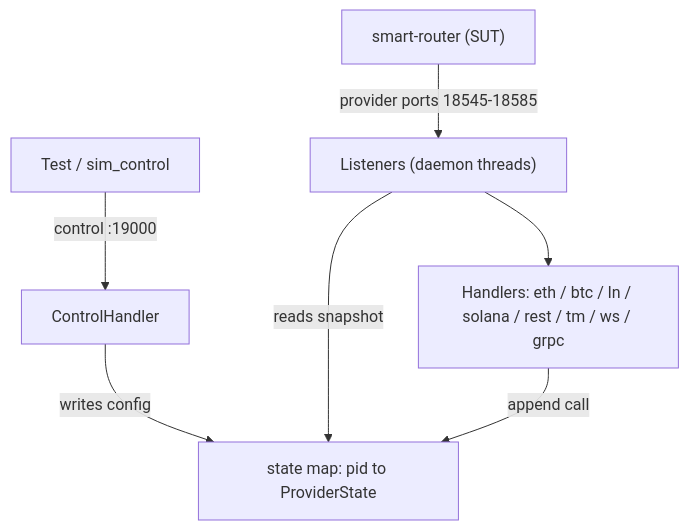
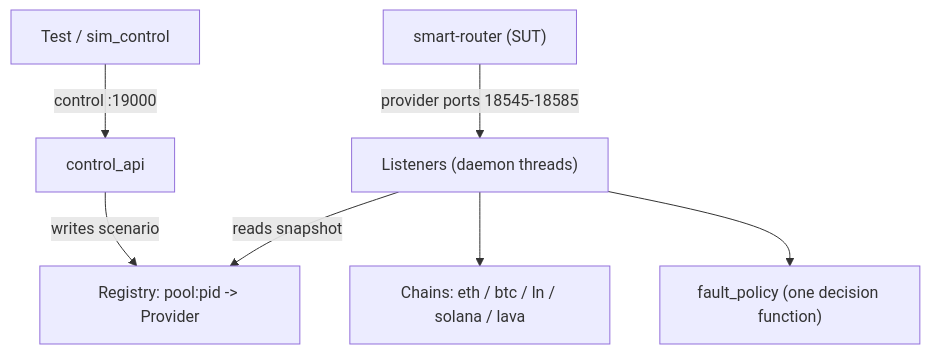
The diagram in README.md (Magma-Devs/provider-simulator), drawn with Mermaid before and after one commit. The commit also changed other lines of this file, not shown here.

First line of the commit message:
docs(sim): rewrite README for the shipped pool:pid model; add GET /ready

````diff
--- a/README.md
+++ b/README.md
@@ -18,9 +18,9 @@
 ```mermaid
 flowchart TD
-    T["Test / sim_control"] -->|"control :19000"| CTRL["ControlHandler"]
+    T["Test / sim_control"] -->|"control :19000"| CTRL["control_api"]
     R["smart-router (SUT)"] -->|"provider ports 18545-18585"| LIS["Listeners (daemon threads)"]
-    CTRL -->|"writes config"| STATE["state map: pid to ProviderState"]
-    LIS -->|"reads snapshot"| STATE
-    LIS --> HAND["Handlers: eth / btc / ln / solana / rest / tm / ws / grpc"]
-    HAND -->|"append call"| STATE
+    CTRL -->|"writes scenario"| REG["Registry: pool:pid -> Provider"]
+    LIS -->|"reads snapshot"| REG
+    LIS --> CH["Chains: eth / btc / ln / solana / lava"]
+    LIS --> FP["fault_policy (one decision function)"]
 ```
````
